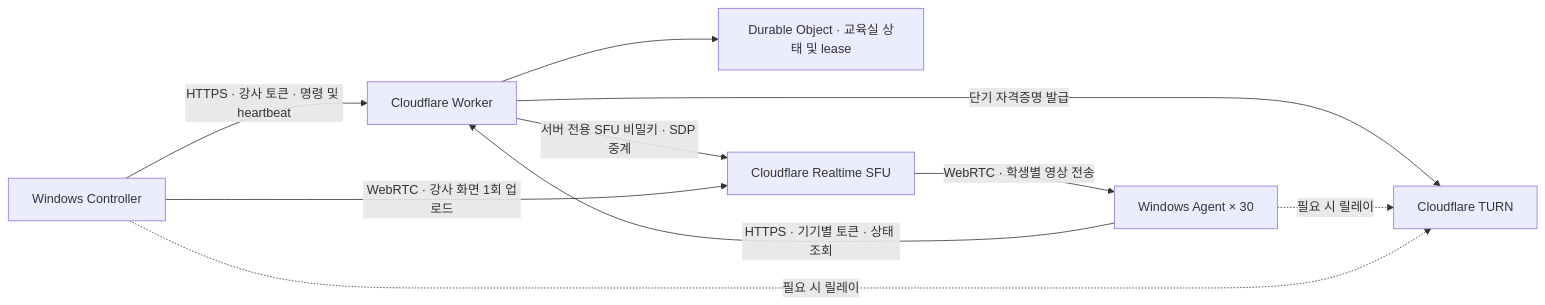
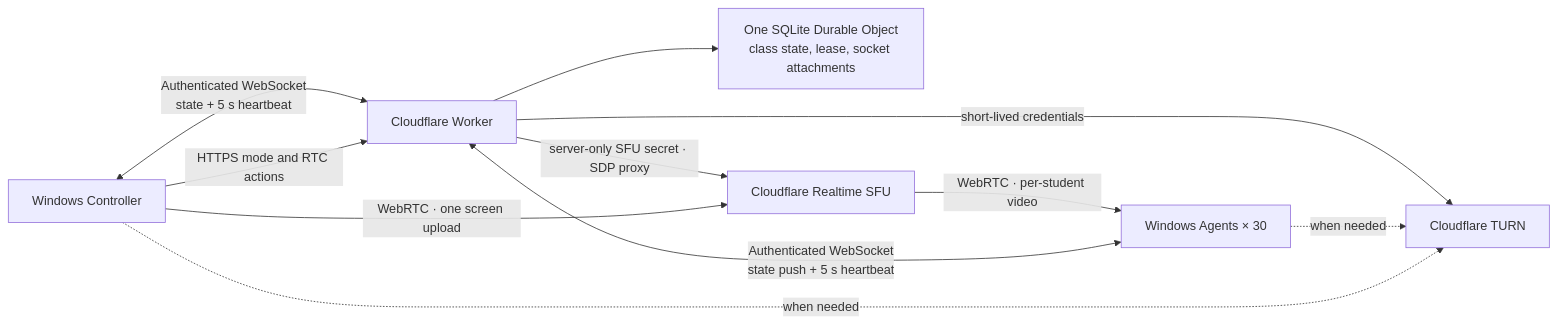
The diagram in docs/architecture.md (kindsusu/classrelay), drawn with Mermaid before and after one commit. The commit also changed other lines of this file and 24 other files, not shown here.

Commit message:
Replace classroom polling with fail-safe WebSocket control

````diff
--- a/docs/architecture.md
+++ b/docs/architecture.md
@@ -11,12 +11,13 @@
 ```mermaid
 flowchart LR
-  C[Windows Controller] -->|HTTPS · 강사 토큰 · 명령 및 heartbeat| W[Cloudflare Worker]
-  A[Windows Agent × 30] -->|HTTPS · 기기별 토큰 · 상태 조회| W
-  W --> D[Durable Object · 교육실 상태 및 lease]
-  W -->|서버 전용 SFU 비밀키 · SDP 중계| S[Cloudflare Realtime SFU]
-  C -->|WebRTC · 강사 화면 1회 업로드| S
-  S -->|WebRTC · 학생별 영상 전송| A
-  W -->|단기 자격증명 발급| T[Cloudflare TURN]
-  A -. 필요 시 릴레이 .-> T
-  C -. 필요 시 릴레이 .-> T
+  C[Windows Controller] <-->|Authenticated WebSocket\nstate + 5 s heartbeat| W[Cloudflare Worker]
+  A[Windows Agents × 30] <-->|Authenticated WebSocket\nstate push + 5 s heartbeat| W
+  C -->|HTTPS mode and RTC actions| W
+  W --> D[One SQLite Durable Object\nclass state, lease, socket attachments]
+  W -->|server-only SFU secret · SDP proxy| S[Cloudflare Realtime SFU]
+  C -->|WebRTC · one screen upload| S
+  S -->|WebRTC · per-student video| A
+  W -->|short-lived credentials| T[Cloudflare TURN]
+  A -. when needed .-> T
+  C -. when needed .-> T
 ```
````
